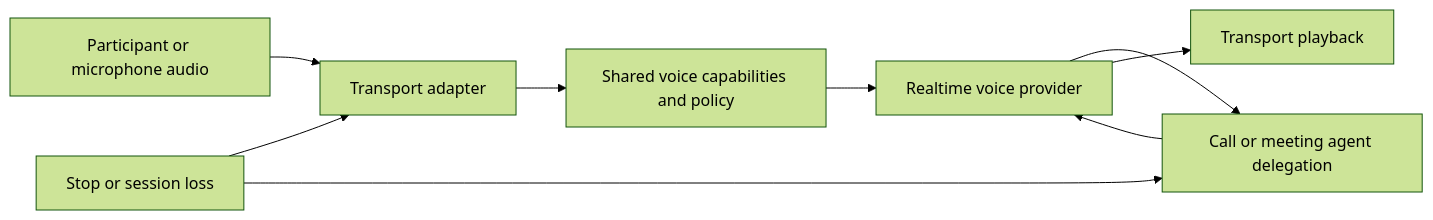
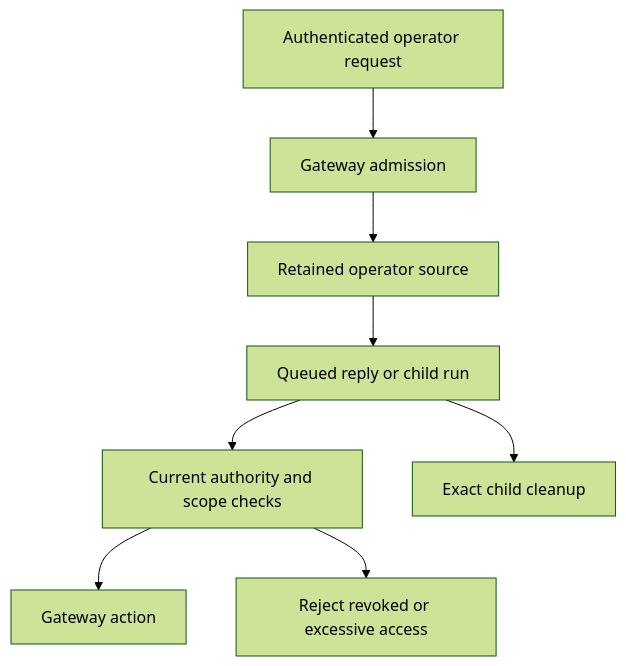
The diagram in fix-origins/clawsweeper/bundles/0148.full.md (miguelbranco80/openclaw-bug-origins), drawn with Mermaid (forest theme) before and after one commit. The commit also changed other lines of this file and 6464 other files, not shown here.

````diff
--- a/fix-origins/clawsweeper/bundles/0148.full.md
+++ b/fix-origins/clawsweeper/bundles/0148.full.md
@@ -39,11 +39,10 @@
 ```mermaid
-flowchart LR
-  A[Participant or microphone audio] --> B[Transport adapter]
-  B --> C[Shared voice capabilities and policy]
-  C --> D[Realtime voice provider]
-  D --> E[Call or meeting agent delegation]
-  E --> D
-  D --> F[Transport playback]
-  G[Stop or session loss] --> B
-  G --> E
+flowchart TD
+  A[Authenticated operator request] --> B[Gateway admission]
+  B --> C[Retained operator source]
+  C --> D[Queued reply or child run]
+  D --> E[Current authority and scope checks]
+  E --> F[Gateway action]
+  E --> G[Reject revoked or excessive access]
+  D --> H[Exact child cleanup]
 ```
````
